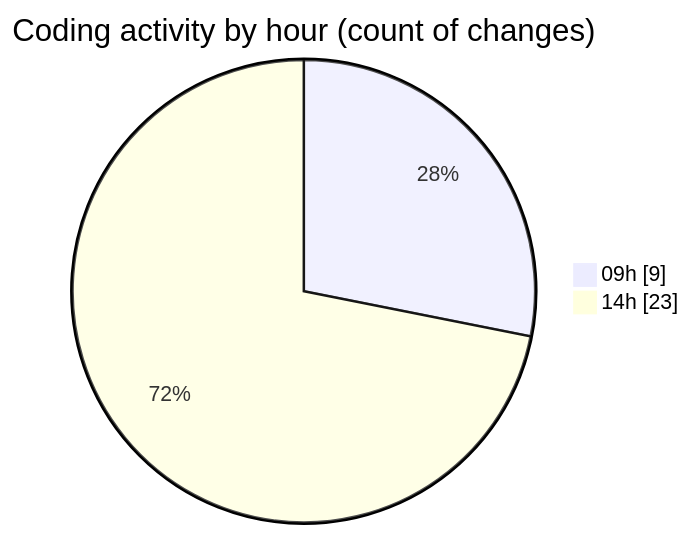
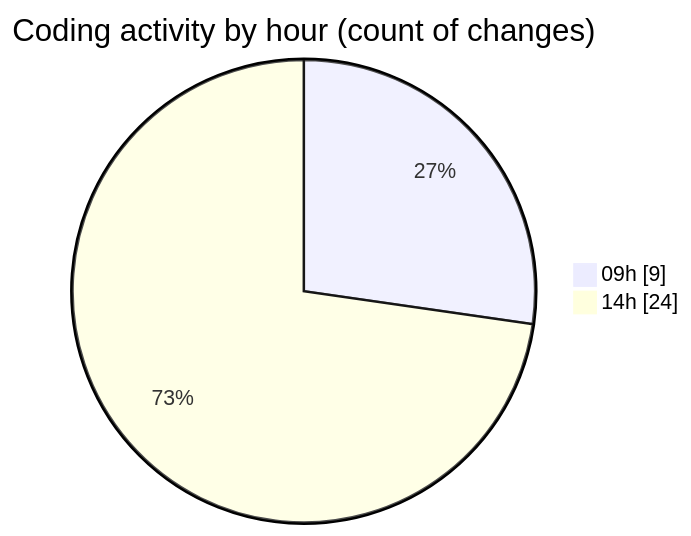
The second of 2 diagrams in 2025-11-25/eventscop-frontend-guide__workspace_/README.md (julien-gomy/code-tracking), drawn with Mermaid before and after one commit. The commit also changed other lines of this file and 1 other file, not shown here.

````diff
--- a/2025-11-25/eventscop-frontend-guide__workspace_/README.md
+++ b/2025-11-25/eventscop-frontend-guide__workspace_/README.md
@@ -43,6 +43,6 @@
 ```mermaid
 pie showData
 title Coding activity by hour (count of changes)
 "09h" : 9
-"14h" : 23
+"14h" : 24
 ```
````
